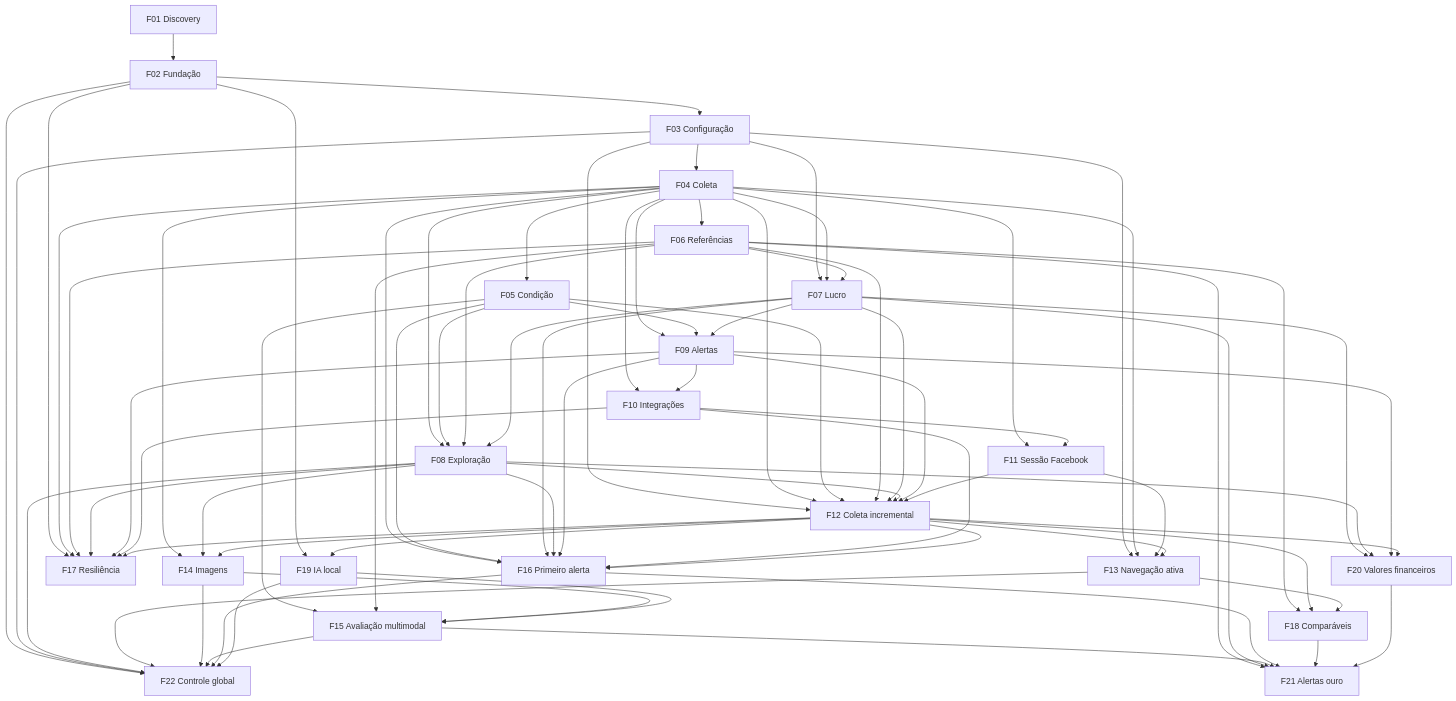
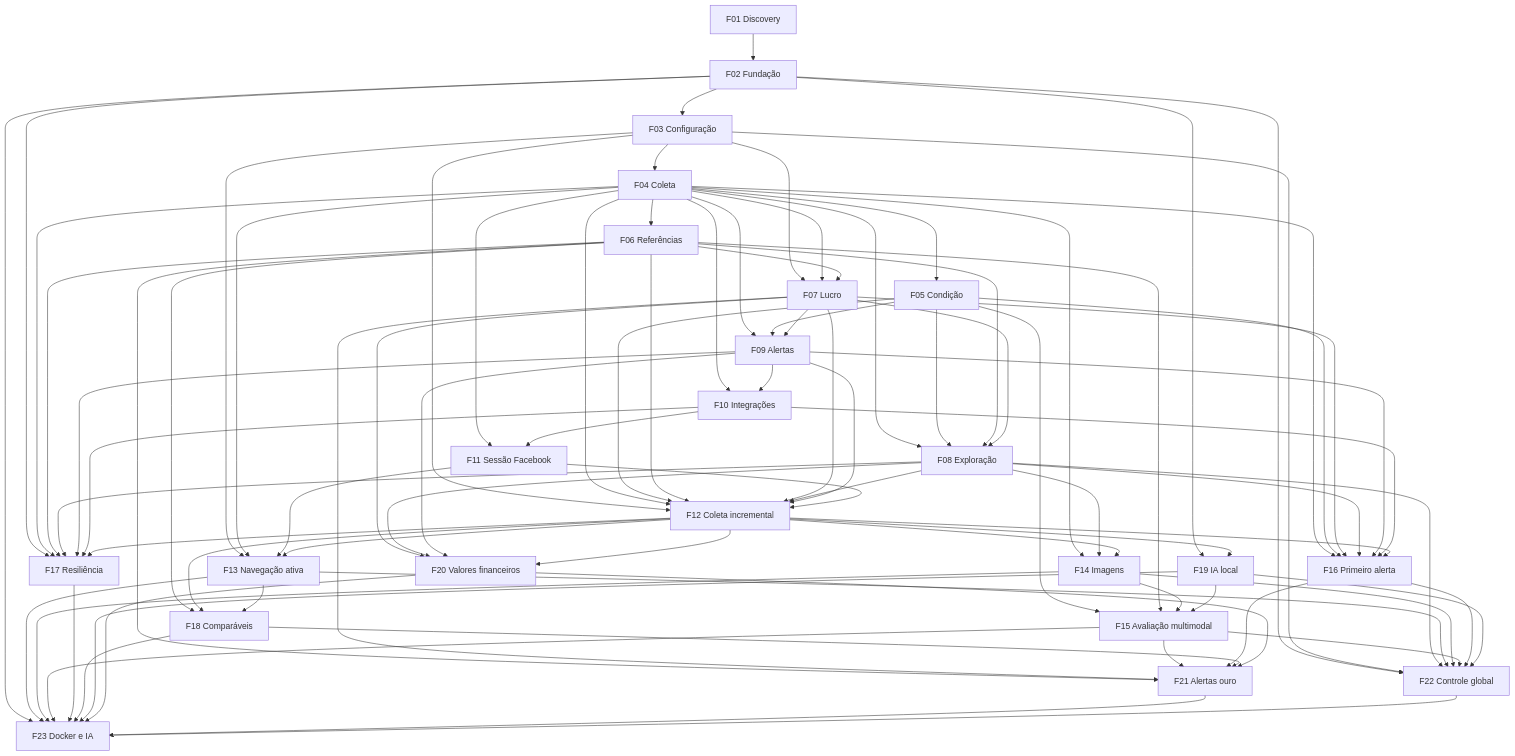
One commit to marceloamoreno87/garimpei changed the diagram in docs/PRD.md. Above: the diagram before and after it, drawn with Mermaid. The commit also changed other lines of this file and 7 other files, not shown here.

````diff
--- a/docs/PRD.md
+++ b/docs/PRD.md
@@ -779,6 +808,7 @@
   F20["F20 Valores financeiros"]
   F22["F22 Controle global"]
   F21["F21 Alertas ouro"]
+  F23["F23 Docker e IA"]
   F01 --> F02
   F02 --> F03
   F03 --> F04
@@ -854,4 +884,14 @@
   F15 --> F22
   F16 --> F22
   F19 --> F22
+  F02 --> F23
+  F13 --> F23
+  F14 --> F23
+  F15 --> F23
+  F17 --> F23
+  F18 --> F23
+  F19 --> F23
+  F20 --> F23
+  F21 --> F23
+  F22 --> F23
 ```
````
